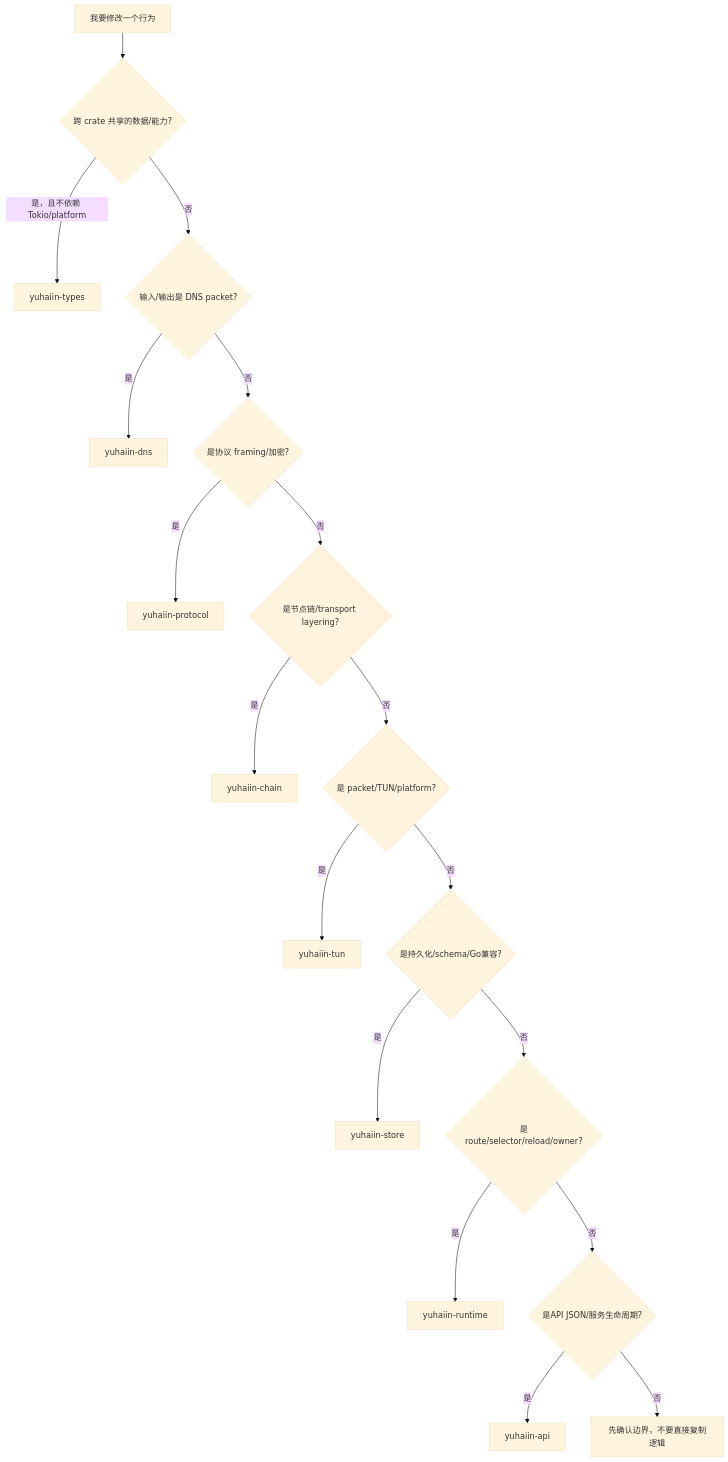
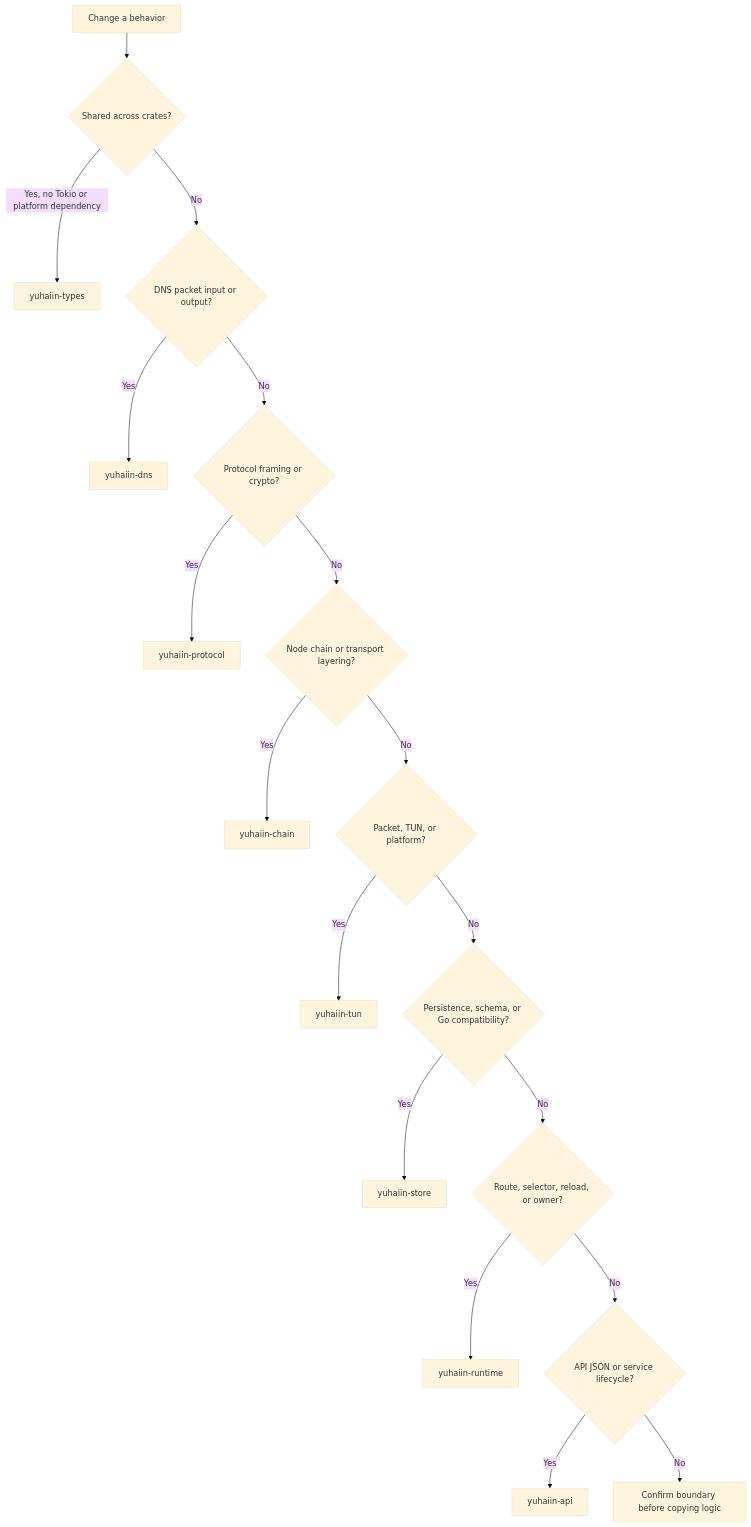
Before and after one commit to yuhaiin/doradus: diagram 11 of 11 in docs/ARCHITECTURE.md, drawn with Mermaid (base theme). The commit also changed other lines of this file and 9 other files, not shown here.

````diff
--- a/docs/ARCHITECTURE.md
+++ b/docs/ARCHITECTURE.md
@@ -1612,20 +984,20 @@
-```mermaid
+~~~mermaid
 flowchart TD
-    START[我要修改一个行为] --> Q1{跨 crate 共享的数据/能力?}
-    Q1 -->|是，且不依赖 Tokio/platform| TYPES[yuhaiin-types]
-    Q1 -->|否| Q2{输入/输出是 DNS packet?}
-    Q2 -->|是| DNS[yuhaiin-dns]
-    Q2 -->|否| Q3{是协议 framing/加密?}
-    Q3 -->|是| PROTO[yuhaiin-protocol]
-    Q3 -->|否| Q4{是节点链/transport layering?}
-    Q4 -->|是| CHAIN[yuhaiin-chain]
-    Q4 -->|否| Q5{是 packet/TUN/platform?}
-    Q5 -->|是| TUN[yuhaiin-tun]
-    Q5 -->|否| Q6{是持久化/schema/Go兼容?}
-    Q6 -->|是| STORE[yuhaiin-store]
-    Q6 -->|否| Q7{是route/selector/reload/owner?}
-    Q7 -->|是| RUNTIME[yuhaiin-runtime]
-    Q7 -->|否| Q8{是API JSON/服务生命周期?}
-    Q8 -->|是| API[yuhaiin-api]
-    Q8 -->|否| REVIEW[先确认边界，不要直接复制逻辑]
-```
+    START[Change a behavior] --> Q1{Shared across crates?}
+    Q1 -->|Yes, no Tokio or platform dependency| TYPES[yuhaiin-types]
+    Q1 -->|No| Q2{DNS packet input or output?}
+    Q2 -->|Yes| DNS[yuhaiin-dns]
+    Q2 -->|No| Q3{Protocol framing or crypto?}
+    Q3 -->|Yes| PROTO[yuhaiin-protocol]
+    Q3 -->|No| Q4{Node chain or transport layering?}
+    Q4 -->|Yes| CHAIN[yuhaiin-chain]
+    Q4 -->|No| Q5{Packet, TUN, or platform?}
+    Q5 -->|Yes| TUN[yuhaiin-tun]
+    Q5 -->|No| Q6{Persistence, schema, or Go compatibility?}
+    Q6 -->|Yes| STORE[yuhaiin-store]
+    Q6 -->|No| Q7{Route, selector, reload, or owner?}
+    Q7 -->|Yes| RUNTIME[yuhaiin-runtime]
+    Q7 -->|No| Q8{API JSON or service lifecycle?}
+    Q8 -->|Yes| API[yuhaiin-api]
+    Q8 -->|No| REVIEW[Confirm boundary before copying logic]
+~~~
````
